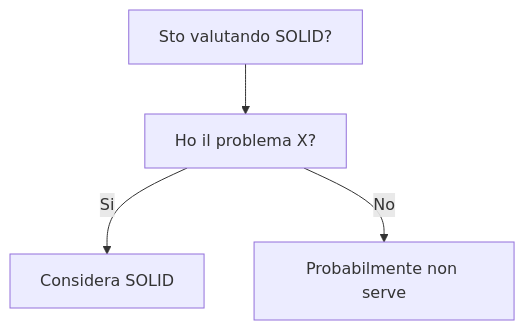
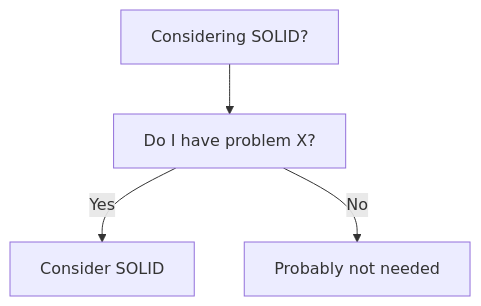
Before and after one commit to HxT9/Software-Dev-Wiki: the diagram in dev-wiki/01_Foundations/SOLID/When_To_Use.md, drawn with Mermaid. The commit also changed other lines of this file and 3444 other files, not shown here.

````diff
--- a/dev-wiki/01_Foundations/SOLID/When_To_Use.md
+++ b/dev-wiki/01_Foundations/SOLID/When_To_Use.md
@@ -19,6 +19,6 @@
 ```mermaid
 flowchart TD
-  Q[Sto valutando SOLID?] --> Q1[Ho il problema X?]
-  Q1 -->|Si| OK[Considera SOLID]
-  Q1 -->|No| NO[Probabilmente non serve]
+  Q[Considering SOLID?] --> Q1[Do I have problem X?]
+  Q1 -->|Yes| OK[Consider SOLID]
+  Q1 -->|No| NO[Probably not needed]
 ```
````
